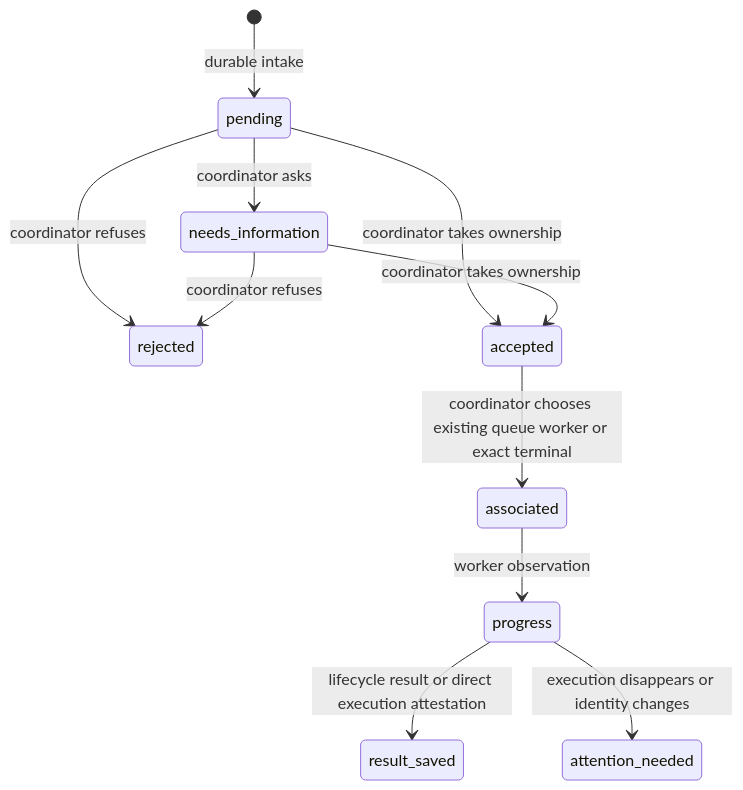
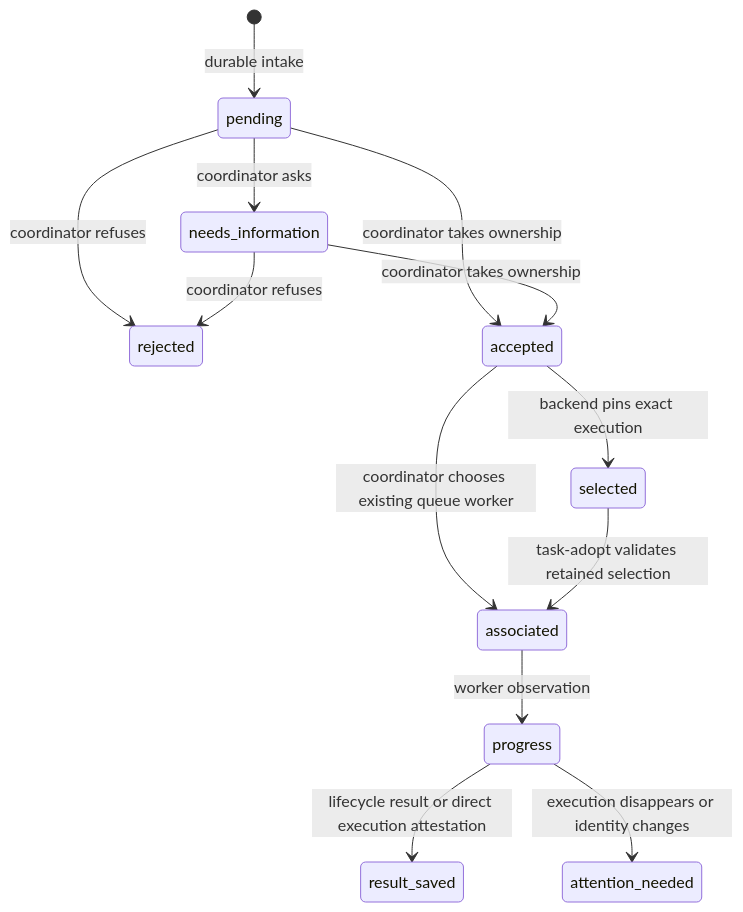
The diagram in docs/task-handover.md (walid-mos/agent-sandbox), drawn with Mermaid before and after one commit. The commit also changed other lines of this file and 13 other files, not shown here.

````diff
--- a/docs/task-handover.md
+++ b/docs/task-handover.md
@@ -37,13 +38,15 @@
 ```mermaid
 stateDiagram-v2
     [*] --> pending: durable intake
     pending --> needs_information: coordinator asks
     pending --> rejected: coordinator refuses
     pending --> accepted: coordinator takes ownership
     needs_information --> accepted: coordinator takes ownership
     needs_information --> rejected: coordinator refuses
-    accepted --> associated: coordinator chooses existing queue worker or exact terminal
+    accepted --> associated: coordinator chooses existing queue worker
+    accepted --> selected: backend pins exact execution
+    selected --> associated: task-adopt validates retained selection
     associated --> progress: worker observation
     progress --> result_saved: lifecycle result or direct execution attestation
     progress --> attention_needed: execution disappears or identity changes
 ```
````
